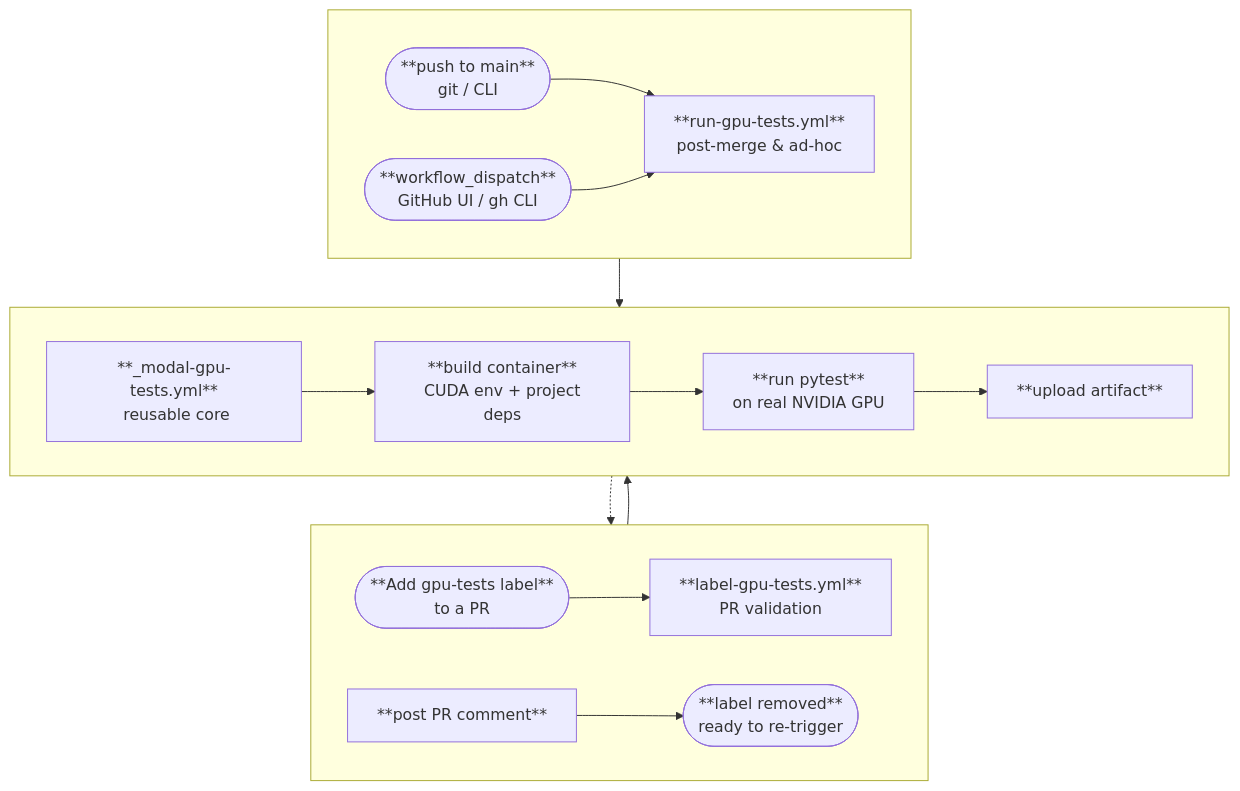
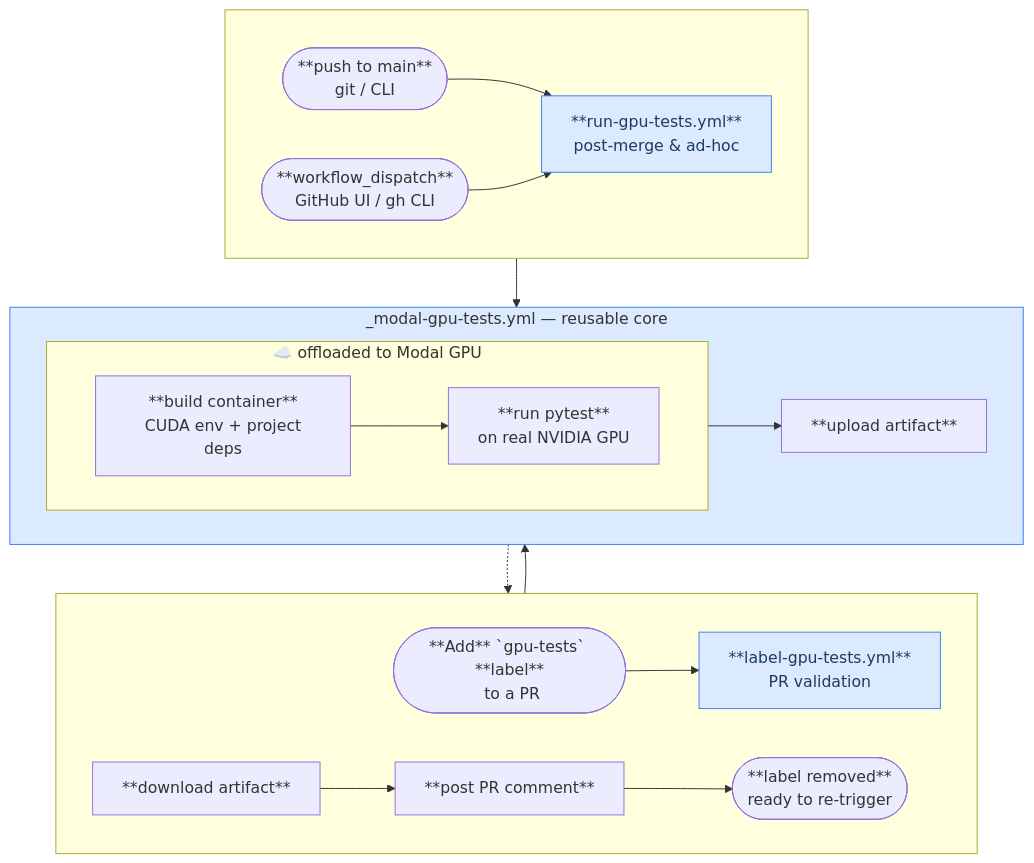
Before and after one commit to Borda/affordable-GPU-CI: the diagram in README.md, drawn with Mermaid.

Commit message:
Refine README with updated GPU workflow diagram, improved formatting, and added details for clarity

````diff
--- a/README.md
+++ b/README.md
@@ -21,22 +21,27 @@
 ```mermaid
 flowchart TB
     subgraph left [" "]
         direction LR
-        A(["**Add gpu-tests label**<br/> to a PR"]) --> B["**label-gpu-tests.yml**<br/> PR validation"]
-        K["**post PR comment**"] --> J(["**label removed**<br/> ready to re-trigger"])
+        A(["**Add** `gpu-tests` **label**<br/> to a PR"]) --> B["**label-gpu-tests.yml**<br/> PR validation"]
+        K["**download artifact**"] --> L["**post PR comment**"] --> J(["**label removed**<br/> ready to re-trigger"])
     end
-    subgraph mid [" "]
+    subgraph mid ["_modal-gpu-tests.yml — reusable core"]
         direction LR
-        F["**_modal-gpu-tests.yml**<br/> reusable core"] --> G["**build container**<br/> CUDA env + project deps"]
-        G --> H["**run pytest**<br/> on real NVIDIA GPU"]
+        subgraph modal ["☁️ offloaded to Modal GPU"]
+            direction LR
+            G["**build container**<br/> CUDA env + project deps"] --> H["**run pytest**<br/> on real NVIDIA GPU"]
+        end
         H --> I["**upload artifact**"]
     end
     subgraph right [" "]
         direction LR
         C(["**push to main**<br/> git / CLI"]) --> D["**run-gpu-tests.yml**<br/> post-merge & ad-hoc"]
         E(["**workflow_dispatch**<br/> GitHub UI / gh CLI"]) --> D
     end
-    B --> F
-    D --> F
+    B --> mid
+    D --> mid
     I -.-> K
+    classDef yamlFile fill:#dbeafe,stroke:#3b82f6,color:#1e3a5f
+    class B,D yamlFile
+    style mid fill:#dbeafe,stroke:#3b82f6
 ```
````
